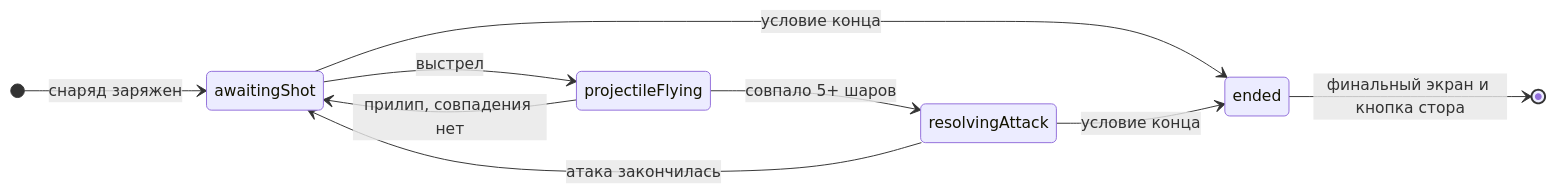
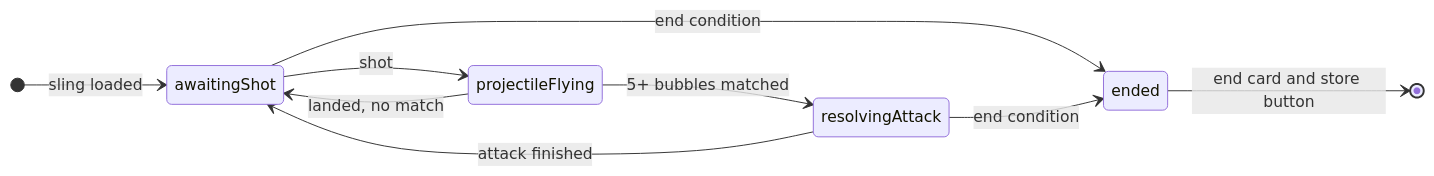
The fourth of 6 diagrams in README.md (sburdenko/bub-playables-pixi), drawn with Mermaid before and after one commit. The commit also changed other lines of this file, not shown here.

````diff
--- a/README.md
+++ b/README.md
@@ -145,12 +145,12 @@
 ```mermaid
 stateDiagram-v2
     direction LR
-    [*] --> awaitingShot: снаряд заряжен
-    awaitingShot --> projectileFlying: выстрел
-    projectileFlying --> awaitingShot: прилип, совпадения нет
-    projectileFlying --> resolvingAttack: совпало 5+ шаров
-    resolvingAttack --> awaitingShot: атака закончилась
-    awaitingShot --> ended: условие конца
-    resolvingAttack --> ended: условие конца
-    ended --> [*]: финальный экран и кнопка стора
+    [*] --> awaitingShot: sling loaded
+    awaitingShot --> projectileFlying: shot
+    projectileFlying --> awaitingShot: landed, no match
+    projectileFlying --> resolvingAttack: 5+ bubbles matched
+    resolvingAttack --> awaitingShot: attack finished
+    awaitingShot --> ended: end condition
+    resolvingAttack --> ended: end condition
+    ended --> [*]: end card and store button
 ```
````
